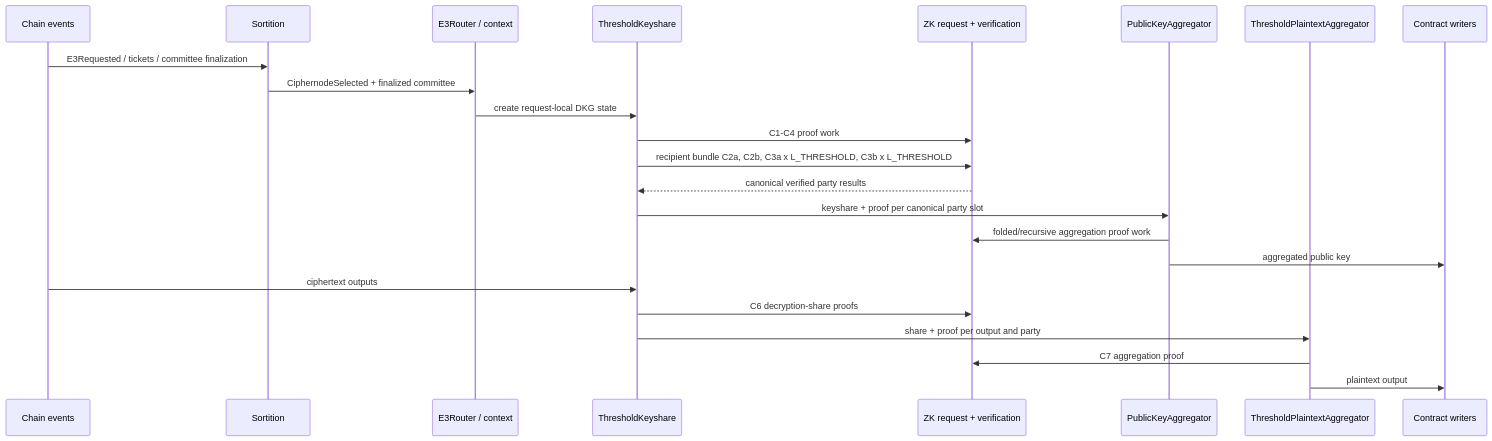
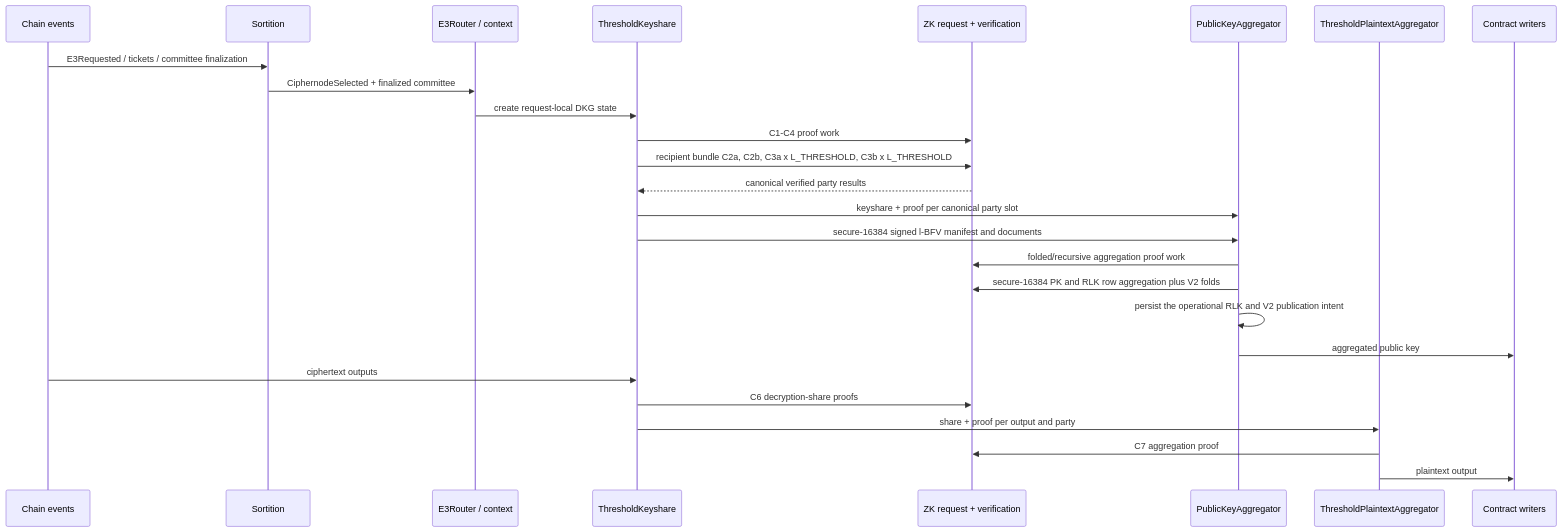
One commit to theinterfold/interfold changed the eighth of 15 diagrams in agent/CRATES_ARCHITECTURE.md. Above: the diagram before and after it, drawn with Mermaid. The commit also changed other lines of this file and 37 other files, not shown here.

Commit message:
fix(circuits): harden secure-16384 aggregation

````diff
--- a/agent/CRATES_ARCHITECTURE.md
+++ b/agent/CRATES_ARCHITECTURE.md
@@ -574,26 +574,29 @@
 ```mermaid
 sequenceDiagram
     participant Chain as Chain events
     participant S as Sortition
     participant R as E3Router / context
     participant K as ThresholdKeyshare
     participant Z as ZK request + verification
     participant P as PublicKeyAggregator
     participant T as ThresholdPlaintextAggregator
     participant W as Contract writers
 
     Chain->>S: E3Requested / tickets / committee finalization
     S->>R: CiphernodeSelected + finalized committee
     R->>K: create request-local DKG state
     K->>Z: C1-C4 proof work
     K->>Z: recipient bundle C2a, C2b, C3a x L_THRESHOLD, C3b x L_THRESHOLD
     Z-->>K: canonical verified party results
     K->>P: keyshare + proof per canonical party slot
+    K->>P: secure-16384 signed l-BFV manifest and documents
     P->>Z: folded/recursive aggregation proof work
+    P->>Z: secure-16384 PK and RLK row aggregation plus V2 folds
+    P->>P: persist the operational RLK and V2 publication intent
     P->>W: aggregated public key
     Chain->>K: ciphertext outputs
     K->>Z: C6 decryption-share proofs
     K->>T: share + proof per output and party
     T->>Z: C7 aggregation proof
     T->>W: plaintext output
 ```
````
